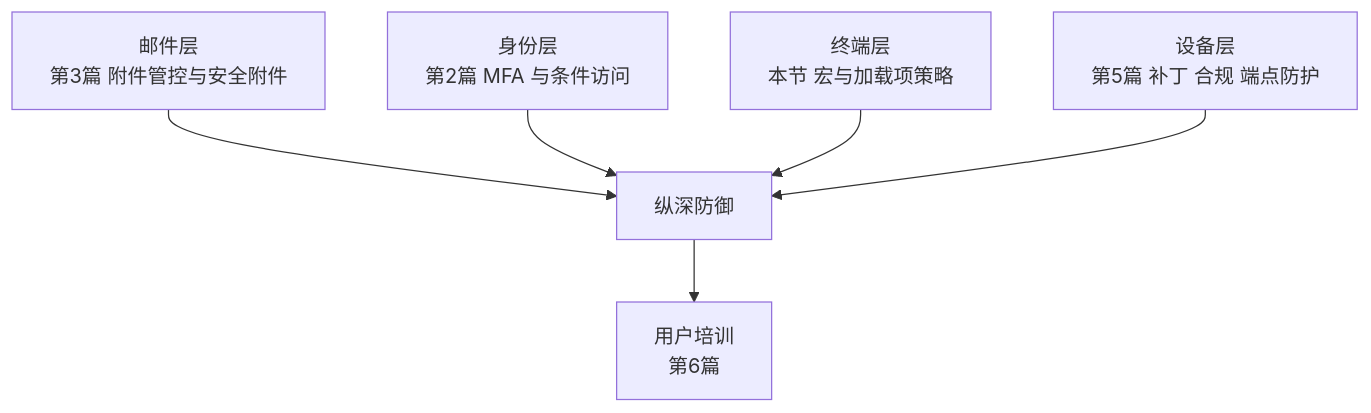
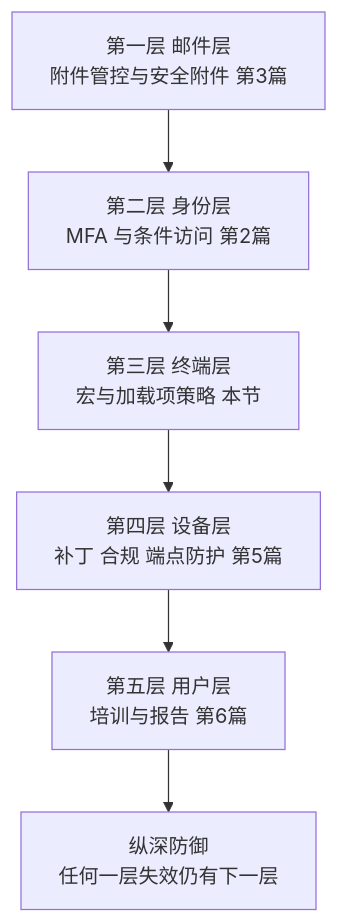
The second of 2 diagrams in Microsoft-365企业导入实施方案/04-终端与协作-Office-Teams-文件/05-宏与插件安全.md (zerioo1970/summary), drawn with Mermaid before and after one commit. The commit also changed 14 other files, not shown here.

First line of the commit message:
fix(docs): 修正 Mermaid 图渲染问题（15 个文件）

````diff
--- a/Microsoft-365企业导入实施方案/04-终端与协作-Office-Teams-文件/05-宏与插件安全.md
+++ b/Microsoft-365企业导入实施方案/04-终端与协作-Office-Teams-文件/05-宏与插件安全.md
@@ -146,8 +146,8 @@
 ```mermaid
 graph TD
-    A[邮件层<br/>第3篇 附件管控与安全附件] --> E[纵深防御]
-    B[身份层<br/>第2篇 MFA 与条件访问] --> E
-    C[终端层<br/>本节 宏与加载项策略] --> E
-    D[设备层<br/>第5篇 补丁 合规 端点防护] --> E
-    E --> F[用户培训<br/>第6篇]
+    A[第一层 邮件层<br/>附件管控与安全附件 第3篇] --> B[第二层 身份层<br/>MFA 与条件访问 第2篇]
+    B --> C[第三层 终端层<br/>宏与加载项策略 本节]
+    C --> D[第四层 设备层<br/>补丁 合规 端点防护 第5篇]
+    D --> E[第五层 用户层<br/>培训与报告 第6篇]
+    E --> F[纵深防御<br/>任何一层失效仍有下一层]
 ```
````
